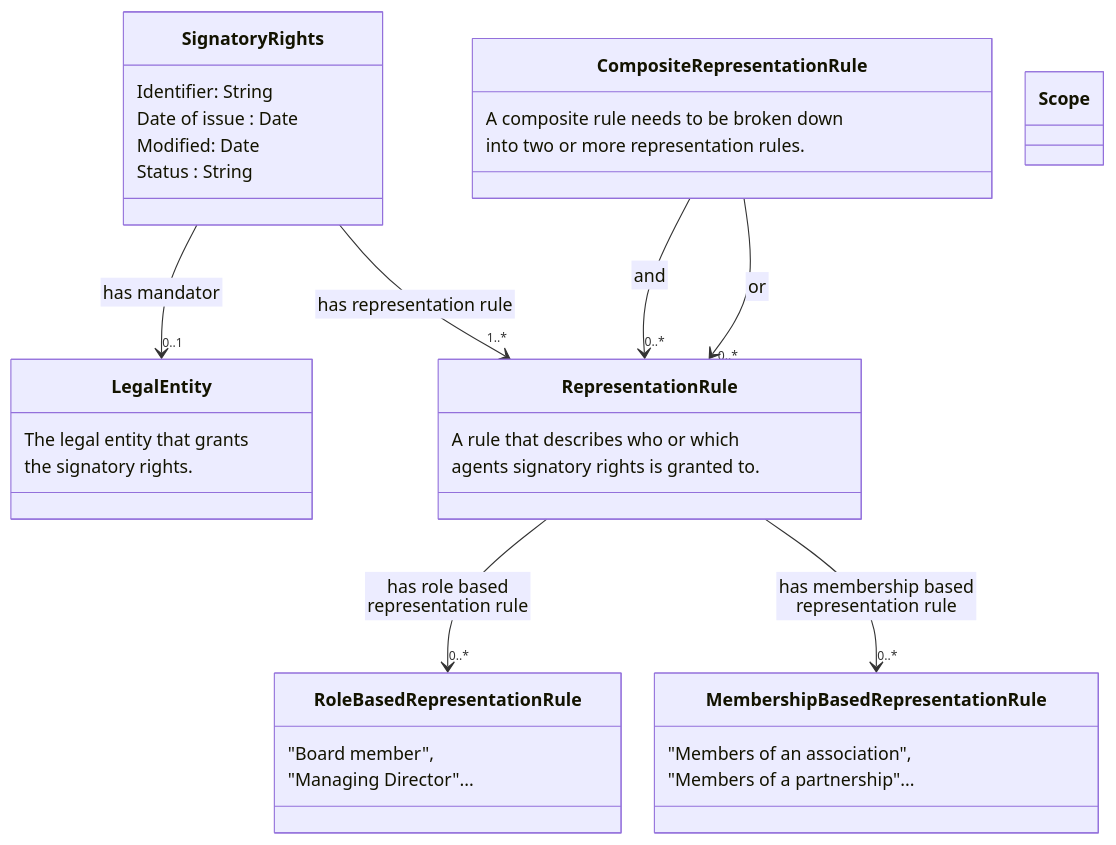
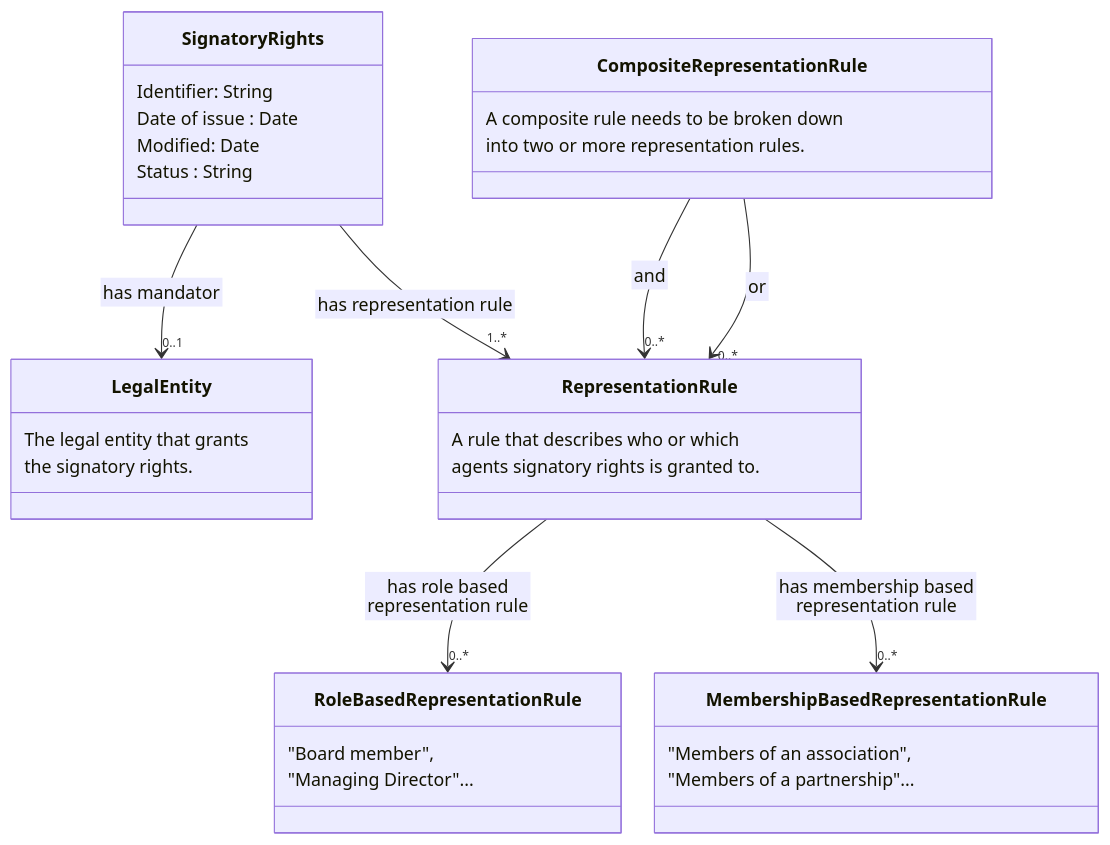
The diagram in README.md (nordicsmartgovernment/Nordic-Signatory-Rights-Model), drawn with Mermaid before and after one commit. The commit also changed other lines of this file, not shown here.

````diff
--- a/README.md
+++ b/README.md
@@ -23,49 +23,47 @@
 ```mermaid
  %%{init:{'flowchart':{'nodeSpacing': 30, 'rankSpacing': 95, 'htmlLabels': false}}}%%
     classDiagram
        
         class Signatory Rights {
             Identifier: String
             Date of issue : Date
             Modified: Date
             Status : String
         }
 
         Signatory Rights --> "0..1" Legal Entity : has mandator
         Signatory Rights --> "1..*" Representation Rule : has representation rule
 
         class Legal Entity {
            The legal entity that grants
            the signatory rights.
         }
 
         class Representation Rule {
            A rule that describes who or which
            agents signatory rights is granted to.
         }
 
         Representation Rule  --> "0..*" Role Based Representation Rule : has role based representation rule
         Representation Rule --> "0..*" Membership Based Representation Rule : has membership based representation rule
 
         class Role Based Representation Rule {
            "Board member",
            "Managing Director"...
         }
 
         class Membership Based Representation Rule {
            "Members of an association",
            "Members of a partnership"...
         }
 
         class Composite Representation Rule {
            A composite rule needs to be broken down
            into two or more representation rules.
         }
 
         Composite Representation Rule --> "0..*" Representation Rule : and
         Composite Representation Rule --> "0..*" Representation Rule : or
 
-        class Scope {
-        }
 
 ```
````
